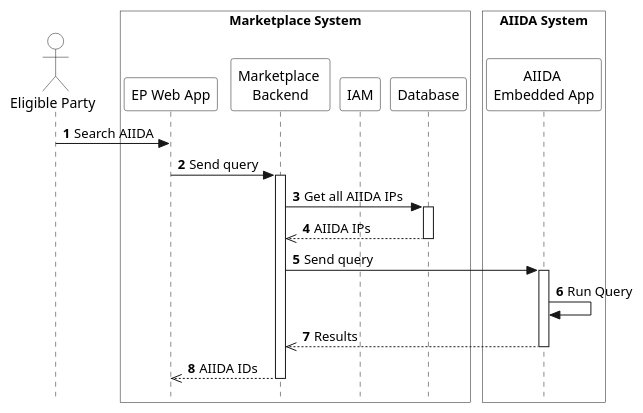
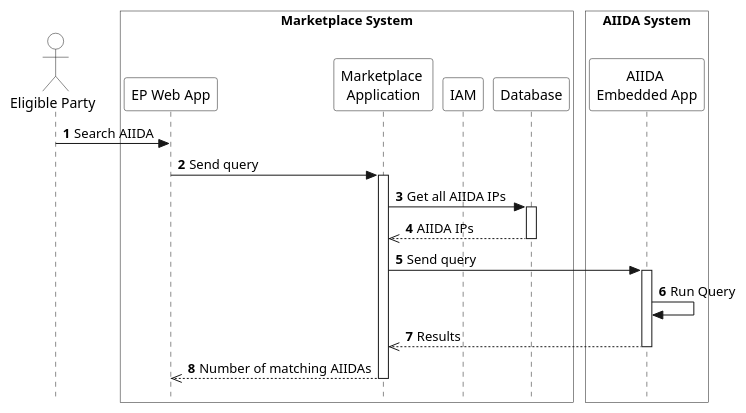
Before and after one commit to eddie-energy/architecture: the diagram in arc42/marketplace/runtime-view/figures/marketplace-check-aiida.puml, drawn with PlantUML. The commit also changed 17 other files, not shown here.

Commit message:
Part of #82: renamed Marketplace Backend to Marketplace Application. Updated workflows in Runtime View.

```diff
--- a/arc42/marketplace/runtime-view/figures/marketplace-check-aiida.puml
+++ b/arc42/marketplace/runtime-view/figures/marketplace-check-aiida.puml
@@ -1,44 +1,44 @@
 @startuml marketplace-check-aiida
 
 skinparam style strictuml
 skinparam sequence {
   ParticipantBackgroundColor transparent
   ActorBackgroundColor transparent
 }
 
 autonumber
 !pragma teoz true
 
 actor "Eligible Party" as ep
 box "Marketplace System" #transparent
   participant "EP Web App" as app
-  participant "Marketplace \nBackend" as marketplace
+  participant "Marketplace \nApplication" as marketplace
   participant "IAM" as iam
   participant "Database" as database
 end box
 
 box "AIIDA System" #transparent
   participant "AIIDA \nEmbedded App" as aiida
 end box
 
 ep -> app : Search AIIDA
 app -> marketplace : Send query
 activate marketplace
 marketplace -> database : Get all AIIDA IPs
 activate database
 database -->> marketplace : AIIDA IPs
 deactivate database
 marketplace -> aiida : Send query
 activate aiida
 aiida -> aiida : Run Query
 aiida -->> marketplace : Results
 deactivate aiida
-marketplace -->> app : AIIDA IDs
+marketplace -->> app : Number of matching AIIDAs
 deactivate marketplace
 
 
 
 
 
 
 @enduml
```
